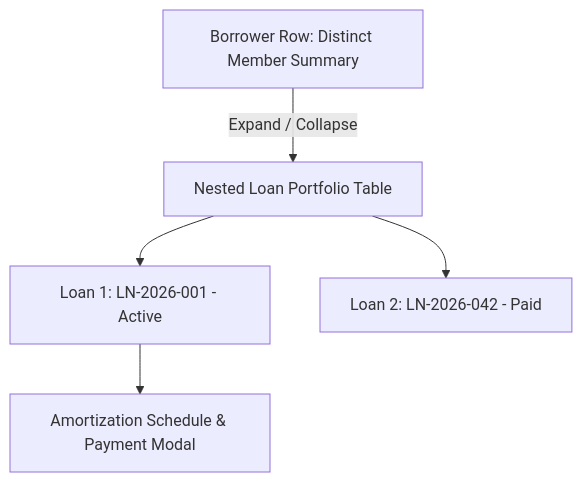
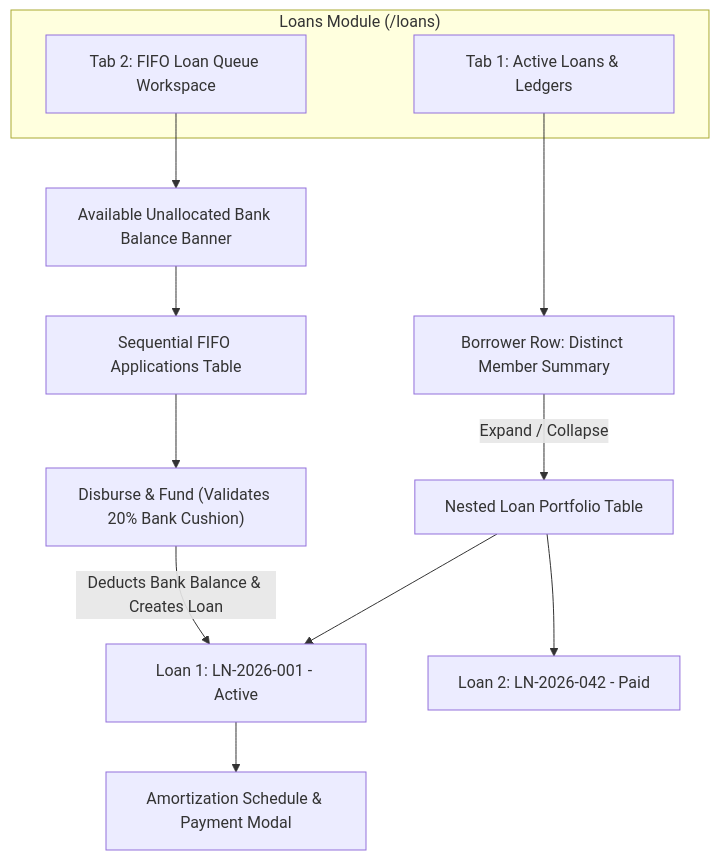
Before and after one commit to chrpas/CoopIS: the first of 2 diagrams in docs/wiki/04-loans.md, drawn with Mermaid. The commit also changed other lines of this file and 5 other files, not shown here.

Commit message:
docs: update operations wiki and readme for bank account management and FIFO loan queue system

````diff
--- a/docs/wiki/04-loans.md
+++ b/docs/wiki/04-loans.md
@@ -47,8 +64,18 @@
 ```mermaid
 flowchart TD
-    B[Borrower Row: Distinct Member Summary]
+    subgraph LoansModule ["Loans Module (/loans)"]
+        Tab1[Tab 1: Active Loans & Ledgers]
+        Tab2[Tab 2: FIFO Loan Queue Workspace]
+    end
+
+    Tab1 --> B[Borrower Row: Distinct Member Summary]
     B -->|Expand / Collapse| S[Nested Loan Portfolio Table]
     S --> L1[Loan 1: LN-2026-001 - Active]
     S --> L2[Loan 2: LN-2026-042 - Paid]
     L1 --> M[Amortization Schedule & Payment Modal]
+
+    Tab2 --> BANNER[Available Unallocated Bank Balance Banner]
+    BANNER --> QUEUE[Sequential FIFO Applications Table]
+    QUEUE --> DISBURSE["Disburse & Fund (Validates 20% Bank Cushion)"]
+    DISBURSE -->|Deducts Bank Balance & Creates Loan| L1
 ```
````
